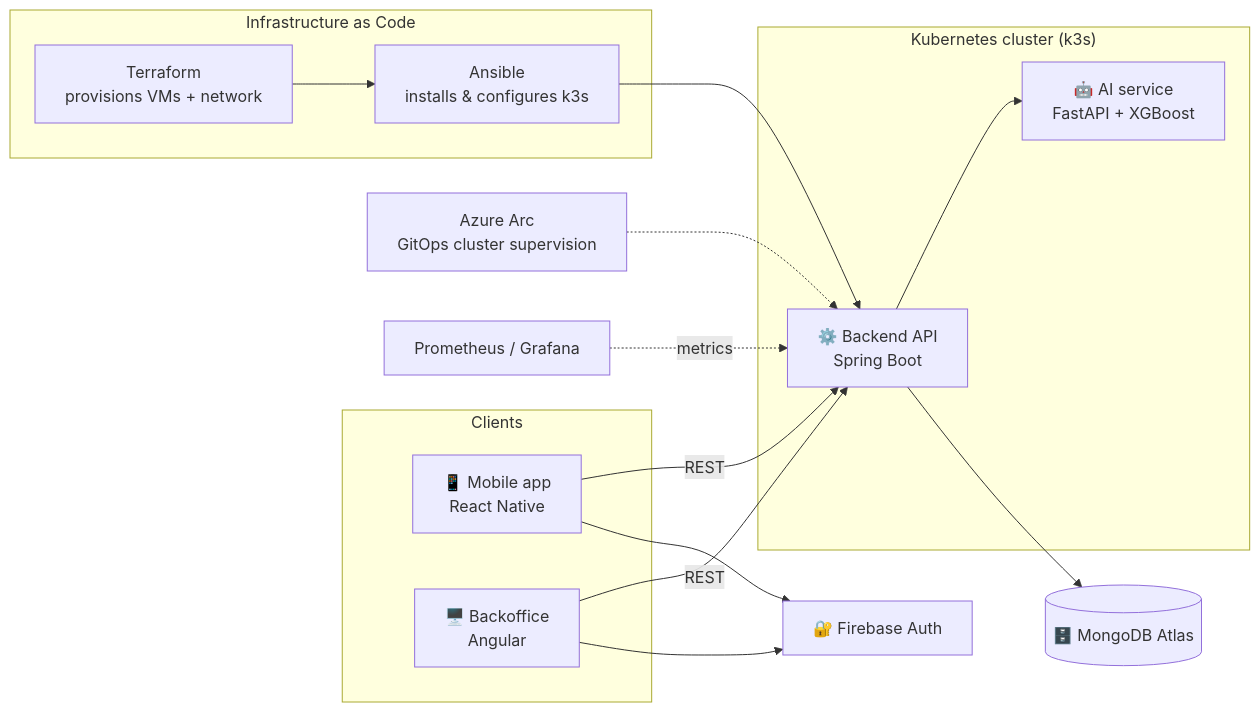
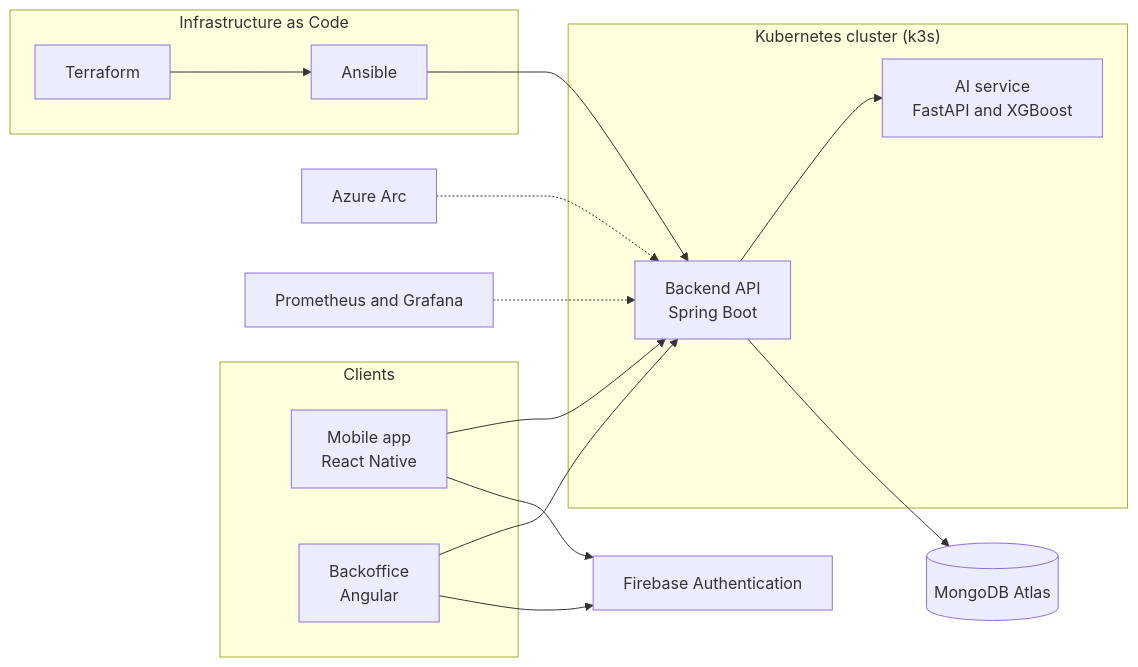
The diagram in README.md (wia-mej/Solar-Smart-Parking-Hub), drawn with Mermaid before and after one commit. The commit also changed other lines of this file, not shown here.

````diff
--- a/README.md
+++ b/README.md
@@ -61,30 +58,30 @@
 ```mermaid
 flowchart LR
     subgraph Clients
-        M["📱 Mobile app<br/>React Native"]
-        B["🖥️ Backoffice<br/>Angular"]
+        M[Mobile app<br/>React Native]
+        B[Backoffice<br/>Angular]
     end
 
-    subgraph "Kubernetes cluster (k3s)"
-        API["⚙️ Backend API<br/>Spring Boot"]
-        AI["🤖 AI service<br/>FastAPI + XGBoost"]
+    subgraph Cluster["Kubernetes cluster (k3s)"]
+        API[Backend API<br/>Spring Boot]
+        AI[AI service<br/>FastAPI and XGBoost]
     end
 
-    DB[("🗄️ MongoDB Atlas")]
-    AUTH["🔐 Firebase Auth"]
+    DB[(MongoDB Atlas)]
+    AUTH[Firebase Authentication]
 
-    M -->|REST| API
-    B -->|REST| API
+    M --> API
+    B --> API
     M --> AUTH
     B --> AUTH
     API --> AI
     API --> DB
 
-    subgraph "Infrastructure as Code"
-        TF["Terraform<br/>provisions VMs + network"] --> ANS["Ansible<br/>installs & configures k3s"]
+    subgraph IaC[Infrastructure as Code]
+        TF[Terraform] --> ANS[Ansible]
         ANS --> API
     end
 
-    ARC["Azure Arc<br/>GitOps cluster supervision"] -.-> API
-    MON["Prometheus / Grafana"] -.->|metrics| API
+    ARC[Azure Arc] -.-> API
+    MON[Prometheus and Grafana] -.-> API
 ```
````
